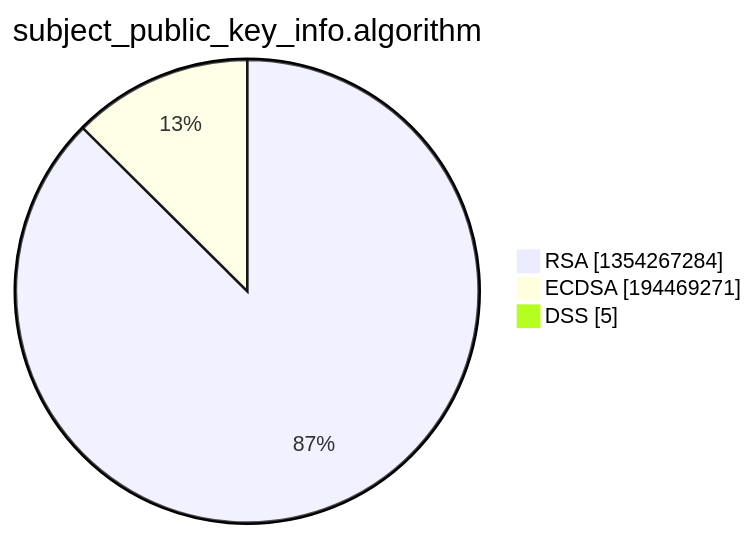
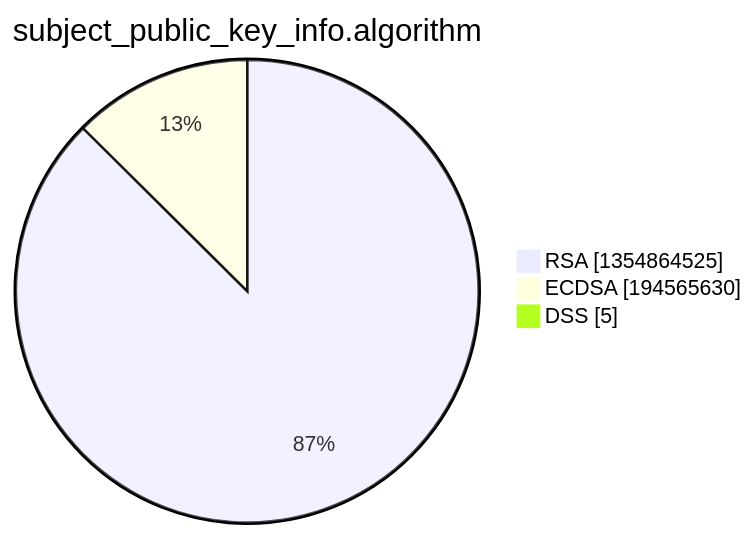
One commit to christiankrug/ctmonitor_visualization changed the third of 15 diagrams in xenon2022/README.md. Above: the diagram before and after it, drawn with Mermaid. The commit also changed other lines of this file, not shown here.

````diff
--- a/xenon2022/README.md
+++ b/xenon2022/README.md
@@ -14,7 +14,7 @@
 ```mermaid
 pie showData
 title subject_public_key_info.algorithm
-"RSA" :1354267284
-"ECDSA" :194469271
+"RSA" :1354864525
+"ECDSA" :194565630
 "DSS" :5
 ```
````
